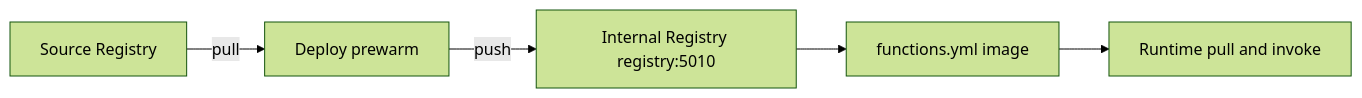
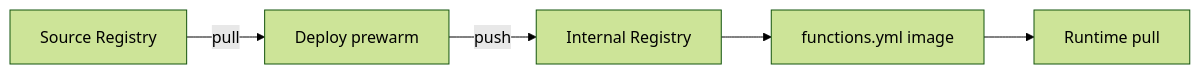
The third of 3 diagrams in docs/container-management.md (poruru-code/esb-cli), drawn with Mermaid (forest theme) before and after one commit. The commit also changed other lines of this file and 10 other files, not shown here.

````diff
--- a/docs/container-management.md
+++ b/docs/container-management.md
@@ -108,7 +66,7 @@
 ```mermaid
 flowchart LR
     A[Source Registry] -->|pull| B[Deploy prewarm]
-    B -->|push| C[Internal Registry registry:5010]
+    B -->|push| C[Internal Registry]
     C --> D[functions.yml image]
-    D --> E[Runtime pull and invoke]
+    D --> E[Runtime pull]
 ```
````
